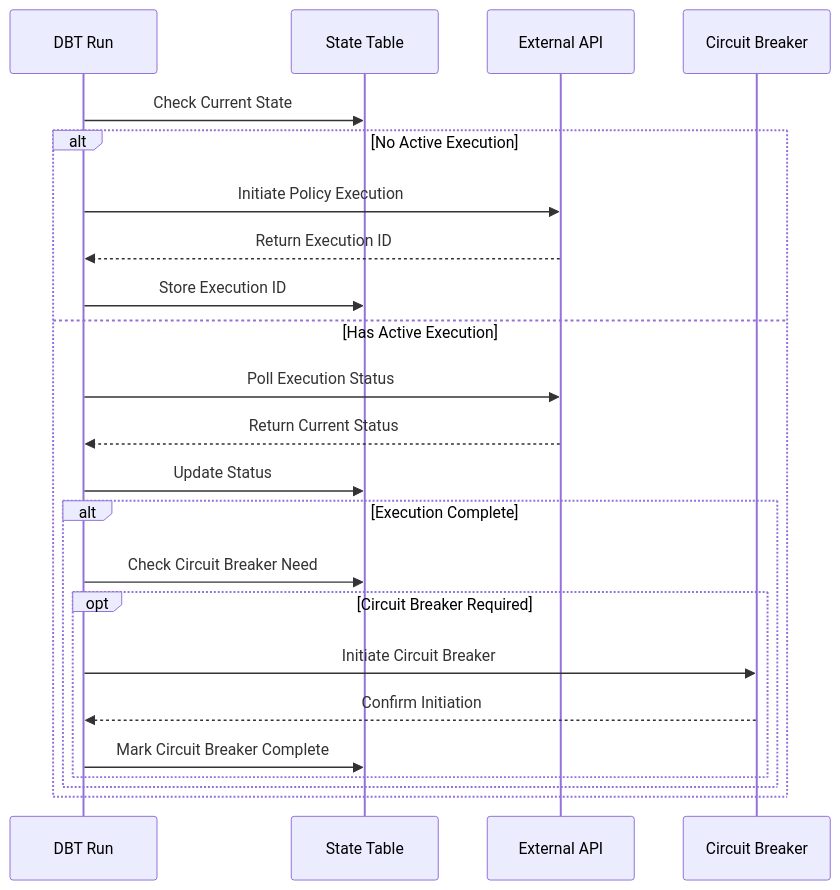
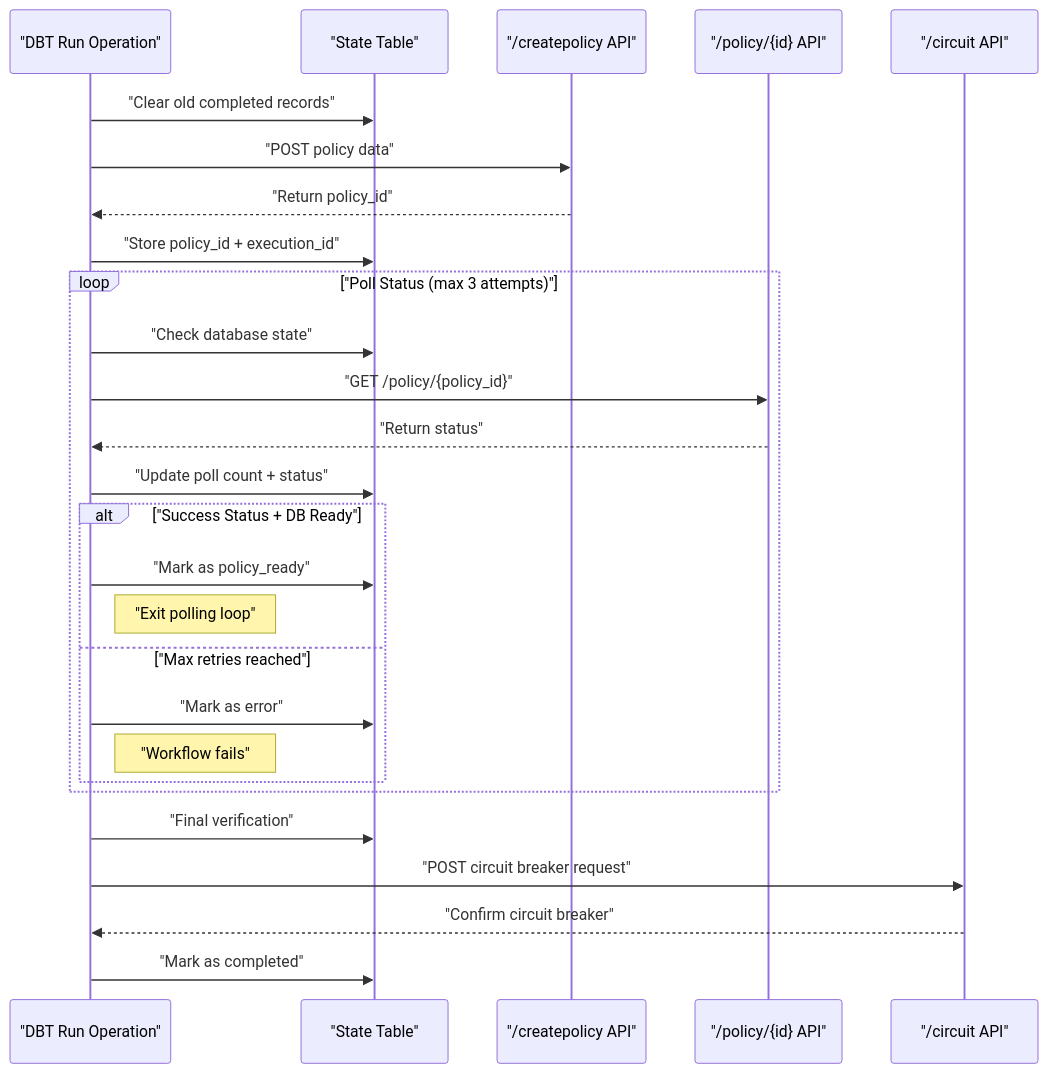
Before and after one commit to ankur-acceldata/dbt-snowflake-circuit-breaker: the diagram in README.md, drawn with Mermaid. The commit also changed other lines of this file and 1 other file, not shown here.

````diff
--- a/README.md
+++ b/README.md
@@ -27,26 +76,32 @@
 ```mermaid
 sequenceDiagram
-    participant DBT as DBT Run
-    participant State as State Table
-    participant API as External API
-    participant Circuit as Circuit Breaker
+    participant DBT as "DBT Run Operation"
+    participant State as "State Table"
+    participant CreateAPI as "/createpolicy API"
+    participant StatusAPI as "/policy/{id} API"
+    participant CircuitAPI as "/circuit API"
 
-    DBT->>State: Check Current State
-    alt No Active Execution
-        DBT->>API: Initiate Policy Execution
-        API-->>DBT: Return Execution ID
-        DBT->>State: Store Execution ID
-    else Has Active Execution
-        DBT->>API: Poll Execution Status
-        API-->>DBT: Return Current Status
-        DBT->>State: Update Status
-        alt Execution Complete
-            DBT->>State: Check Circuit Breaker Need
-            opt Circuit Breaker Required
-                DBT->>Circuit: Initiate Circuit Breaker
-                Circuit-->>DBT: Confirm Initiation
-                DBT->>State: Mark Circuit Breaker Complete
-            end
+    DBT->>State: "Clear old completed records"
+    DBT->>CreateAPI: "POST policy data"
+    CreateAPI-->>DBT: "Return policy_id"
+    DBT->>State: "Store policy_id + execution_id"
+    
+    loop "Poll Status (max 3 attempts)"
+        DBT->>State: "Check database state"
+        DBT->>StatusAPI: "GET /policy/{policy_id}"
+        StatusAPI-->>DBT: "Return status"
+        DBT->>State: "Update poll count + status"
+        alt "Success Status + DB Ready"
+            DBT->>State: "Mark as policy_ready"
+            Note right of DBT: "Exit polling loop"
+        else "Max retries reached"
+            DBT->>State: "Mark as error"
+            Note right of DBT: "Workflow fails"
         end
     end
+    
+    DBT->>State: "Final verification"
+    DBT->>CircuitAPI: "POST circuit breaker request"
+    CircuitAPI-->>DBT: "Confirm circuit breaker"
+    DBT->>State: "Mark as completed"
 ```
````
